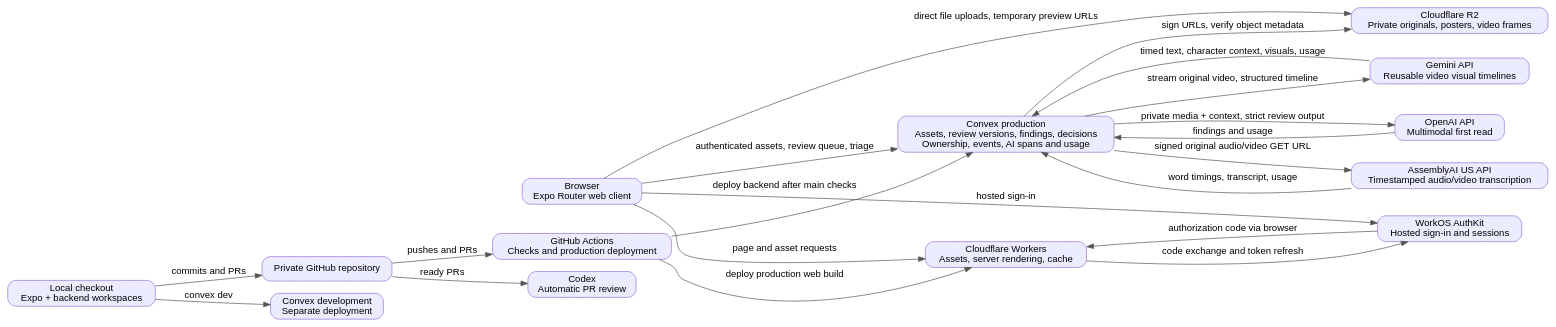
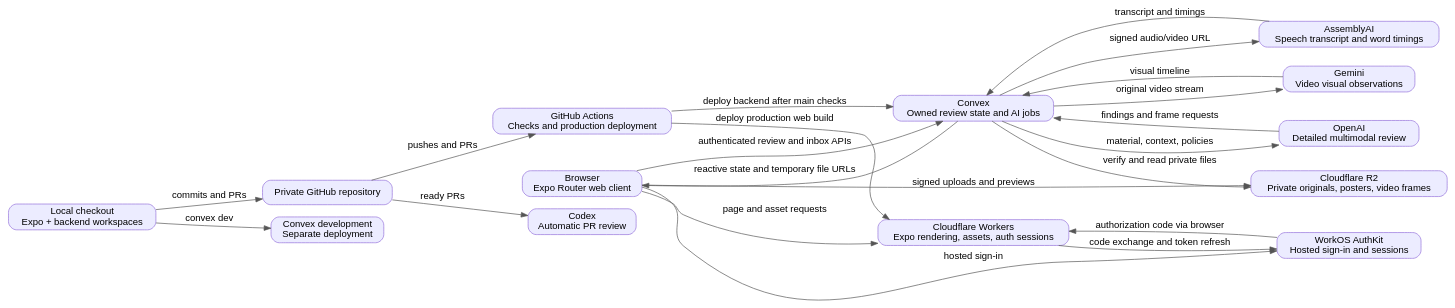
One commit to pbanuru/clearpath_compliance_marketing changed the diagram in docs/architecture.dot. Above: the diagram before and after it, drawn with Graphviz. The commit also changed 2 other files, not shown here.

Commit message:
Explain the product and current review architecture

```diff
--- a/docs/architecture.dot
+++ b/docs/architecture.dot
@@ -1,37 +1,38 @@
 digraph clearpath {
   rankdir=LR; compound=true; bgcolor="white"; fontname="Helvetica";
   node [shape=box, style="rounded,filled", fillcolor="#ECECFF", color="#9370DB", fontname="Helvetica"];
   edge [fontname="Helvetica", color="#555555"];
   browser [label="Browser\nExpo Router web client"];
-  cloudflare [label="Cloudflare Workers\nAssets, server rendering, cache"];
-  convex [label="Convex production\nAssets, review versions, findings, decisions\nOwnership, events, AI spans and usage"];
+  cloudflare [label="Cloudflare Workers\nExpo rendering, assets, auth sessions"];
+  convex [label="Convex\nOwned review state and AI jobs"];
   r2 [label="Cloudflare R2\nPrivate originals, posters, video frames"];
-  openai [label="OpenAI API\nMultimodal first read"];
-  assemblyai [label="AssemblyAI US API\nTimestamped audio/video transcription"];
-  gemini [label="Gemini API\nReusable video visual timelines"];
+  openai [label="OpenAI\nDetailed multimodal review"];
+  assemblyai [label="AssemblyAI\nSpeech transcript and word timings"];
+  gemini [label="Gemini\nVideo visual observations"];
   dev [label="Convex development\nSeparate deployment"];
   local [label="Local checkout\nExpo + backend workspaces"];
   github [label="Private GitHub repository"];
   ci [label="GitHub Actions\nChecks and production deployment"];
   codex [label="Codex\nAutomatic PR review"];
   workos [label="WorkOS AuthKit\nHosted sign-in and sessions"];
   browser -> cloudflare [label="page and asset requests"];
-  browser -> convex [label="authenticated assets, review queue, triage"];
-  browser -> r2 [label="direct file uploads, temporary preview URLs"];
-  convex -> r2 [label="sign URLs, verify object metadata"];
-  convex -> openai [label="private media + context, strict review output"];
-  convex -> assemblyai [label="signed original audio/video GET URL"];
-  convex -> gemini [label="stream original video, structured timeline"];
-  gemini -> convex [label="timed text, character context, visuals, usage"];
-  assemblyai -> convex [label="word timings, transcript, usage"];
-  openai -> convex [label="findings and usage"];
+  browser -> convex [label="authenticated review and inbox APIs"];
+  convex -> browser [label="reactive state and temporary file URLs"];
+  browser -> r2 [label="signed uploads and previews"];
+  convex -> r2 [label="verify and read private files"];
+  convex -> openai [label="material, context, policies"];
+  openai -> convex [label="findings and frame requests"];
+  convex -> assemblyai [label="signed audio/video URL"];
+  assemblyai -> convex [label="transcript and timings"];
+  convex -> gemini [label="original video stream"];
+  gemini -> convex [label="visual timeline"];
   browser -> workos [label="hosted sign-in"];
   workos -> cloudflare [label="authorization code via browser"];
   cloudflare -> workos [label="code exchange and token refresh"];
   local -> dev [label="convex dev"];
   ci -> convex [label="deploy backend after main checks"];
   ci -> cloudflare [label="deploy production web build"];
   local -> github [label="commits and PRs"];
   github -> ci [label="pushes and PRs"];
   github -> codex [label="ready PRs"];
 }
```
